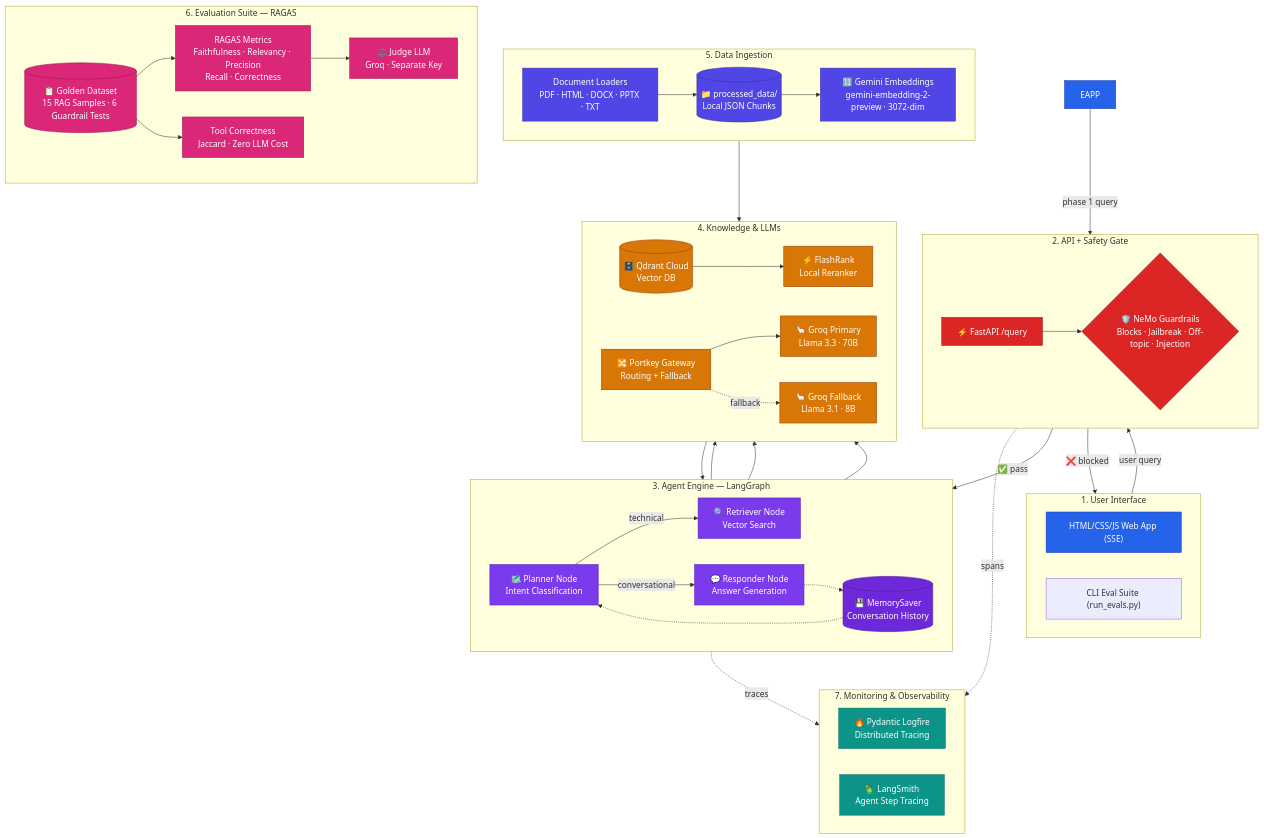
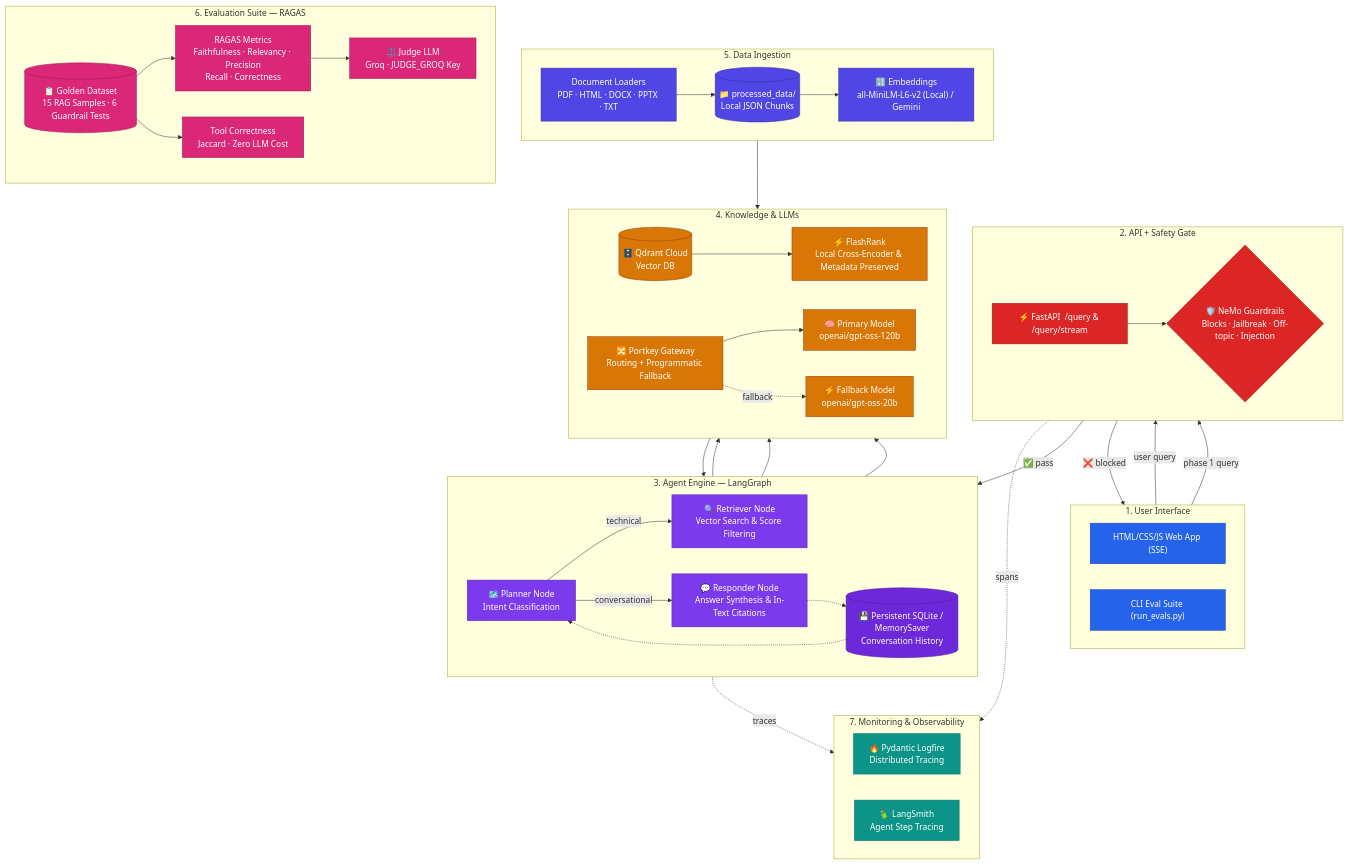
Before and after one commit to dheerajgowd-18/agentic-rag: the second of 3 diagrams in ARCHITECTURE.md, drawn with Mermaid. The commit also changed other lines of this file and 1 other file, not shown here.

Commit message:
docs: synchronize system architecture and documentation with production implementation

```diff
--- a/ARCHITECTURE.md
+++ b/ARCHITECTURE.md
@@ -134,32 +134,32 @@
 
     subgraph SAFETY ["2. API + Safety Gate"]
         direction LR
-        API["⚡ FastAPI  /query"]
+        API["⚡ FastAPI  /query & /query/stream"]
         GR{"🛡️ NeMo Guardrails\nBlocks · Jailbreak · Off-topic · Injection"}
     end
 
     subgraph AGENT ["3. Agent Engine  —  LangGraph"]
         direction LR
         PL["🗺️ Planner Node\nIntent Classification"]
-        RT["🔍 Retriever Node\nVector Search"]
-        RS["💬 Responder Node\nAnswer Generation"]
-        MEM[("💾 MemorySaver\nConversation History")]
+        RT["🔍 Retriever Node\nVector Search & Score Filtering"]
+        RS["💬 Responder Node\nAnswer Synthesis & In-Text Citations"]
+        MEM[("💾 Persistent SQLite / MemorySaver\nConversation History")]
     end
 
     subgraph KNOWLEDGE ["4. Knowledge & LLMs"]
         direction LR
         QD[("🗄️ Qdrant Cloud\nVector DB")]
-        FR["⚡ FlashRank\nLocal Reranker"]
-        PK["🔀 Portkey Gateway\nRouting + Fallback"]
-        G1["🦙 Groq Primary\nLlama 3.3 · 70B"]
-        G2["🦙 Groq Fallback\nLlama 3.1 · 8B"]
+        FR["⚡ FlashRank\nLocal Cross-Encoder & Metadata Preserved"]
+        PK["🔀 Portkey Gateway\nRouting + Programmatic Fallback"]
+        G1["🧠 Primary Model\nopenai/gpt-oss-120b"]
+        G2["⚡ Fallback Model\nopenai/gpt-oss-20b"]
     end
 
     subgraph INGEST ["5. Data Ingestion"]
         direction LR
         LOAD["Document Loaders\nPDF · HTML · DOCX · PPTX · TXT"]
         PROC[("📁 processed_data/\nLocal JSON Chunks")]
-        EMB["🔢 Gemini Embeddings\ngemini-embedding-2-preview · 3072-dim"]
+        EMB["🔢 Embeddings\nall-MiniLM-L6-v2 (Local) / Gemini"]
     end
 
     subgraph EVALS ["6. Evaluation Suite  —  RAGAS"]
@@ -167,7 +167,7 @@
         GD[("📋 Golden Dataset\n15 RAG Samples · 6 Guardrail Tests")]
         RAGAS["RAGAS Metrics\nFaithfulness · Relevancy · Precision\nRecall · Correctness"]
         TC["Tool Correctness\nJaccard · Zero LLM Cost"]
-        JG["⚖️ Judge LLM\nGroq · Separate Key"]
+        JG["⚖️ Judge LLM\nGroq · JUDGE_GROQ Key"]
     end
 
     subgraph OBS ["7. Monitoring & Observability"]
@@ -178,7 +178,7 @@
 
     %% ── Query Flow ───────────────────────────────────────────────────────────
     CHAT -->|user query| API
-    EAPP -->|phase 1 query| API
+    CLI_EVAL -->|phase 1 query| API
     API --> GR
     GR -->|"❌ blocked"| CHAT
     GR -->|"✅ pass"| PL
@@ -218,7 +218,7 @@
     classDef obs       fill:#0D9488,stroke:#0F766E,color:#fff
     classDef memory    fill:#6D28D9,stroke:#4C1D95,color:#fff
 
-    class CHAT,EAPP ui
+    class CHAT,CLI_EVAL ui
     class API,GR safety
     class PL,RT,RS agent
     class QD,FR,PK,G1,G2 knowledge
```
